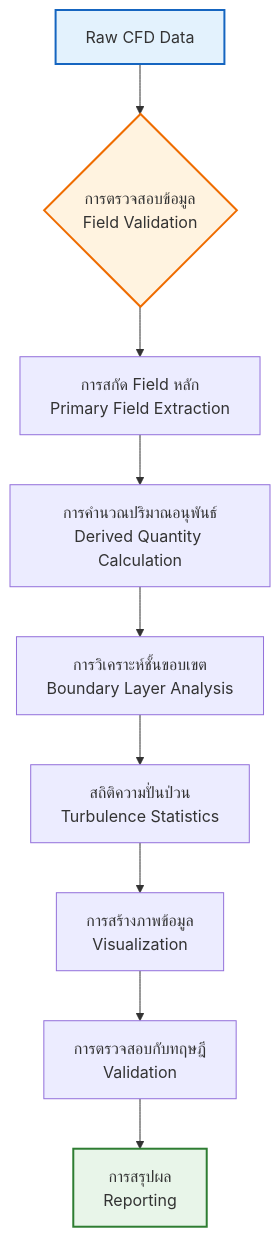
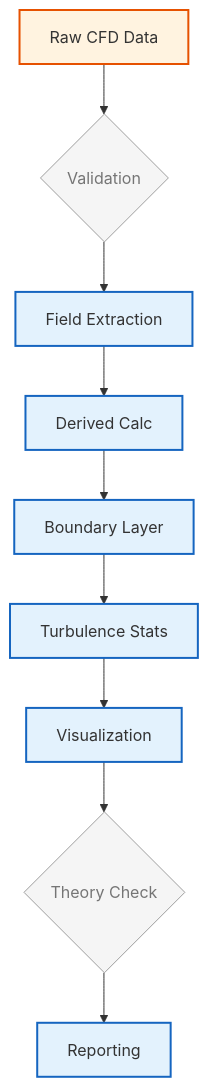
The diagram in MODULE_07_UTILITIES_AUTOMATION/CONTENT/03_POST_PROCESSING/01_Field_Analysis.md (wramet/build-my-cfd), drawn with Mermaid before and after one commit. The commit also changed 313 other files, not shown here.

Commit message:
Revise all diagram

````diff
--- a/MODULE_07_UTILITIES_AUTOMATION/CONTENT/03_POST_PROCESSING/01_Field_Analysis.md
+++ b/MODULE_07_UTILITIES_AUTOMATION/CONTENT/03_POST_PROCESSING/01_Field_Analysis.md
@@ -868,15 +868,16 @@
 ```mermaid
 flowchart TD
-    A[Raw CFD Data] --> B{การตรวจสอบข้อมูล<br/>Field Validation}
-    B --> C[การสกัด Field หลัก<br/>Primary Field Extraction]
-    C --> D[การคำนวณปริมาณอนุพันธ์<br/>Derived Quantity Calculation]
-    D --> E[การวิเคราะห์ชั้นขอบเขต<br/>Boundary Layer Analysis]
-    E --> F[สถิติความปั่นป่วน<br/>Turbulence Statistics]
-    F --> G[การสร้างภาพข้อมูล<br/>Visualization]
-    G --> H[การตรวจสอบกับทฤษฎี<br/>Validation]
-    H --> I[การสรุปผล<br/>Reporting]
-
-    style A fill:#e3f2fd,stroke:#1565c0,stroke-width:2px
-    style I fill:#e8f5e9,stroke:#2e7d32,stroke-width:2px
-    style B fill:#fff3e0,stroke:#ef6c00,stroke-width:2px
+%% Classes
+classDef explicit fill:#fff3e0,stroke:#e65100,stroke-width:2px;
+classDef implicit fill:#e3f2fd,stroke:#1565c0,stroke-width:2px;
+classDef context fill:#f5f5f5,stroke:#9e9e9e,stroke-width:1px,color:#757575;
+%% Nodes
+A[Raw CFD Data]:::explicit --> B{Validation}:::context
+B --> C[Field Extraction]:::implicit
+C --> D[Derived Calc]:::implicit
+D --> E[Boundary Layer]:::implicit
+E --> F[Turbulence Stats]:::implicit
+F --> G[Visualization]:::implicit
+G --> H{Theory Check}:::context
+H --> I[Reporting]:::implicit
 ```
````
